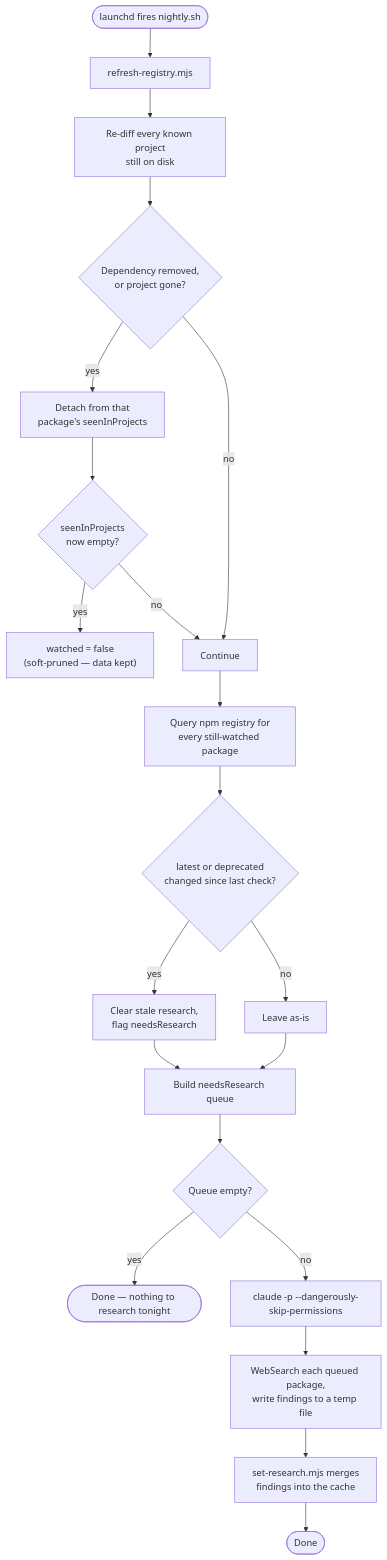
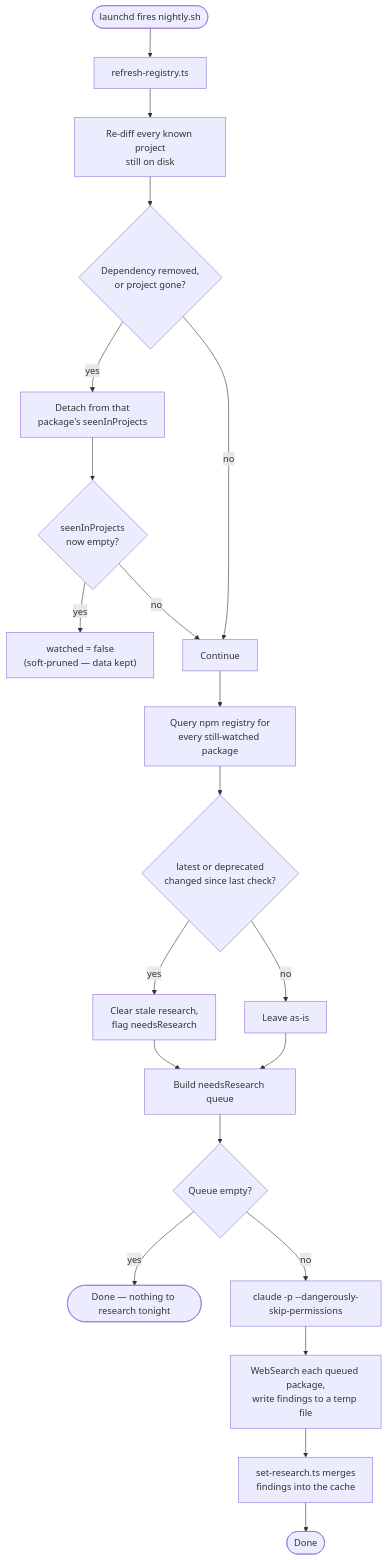
Before and after one commit to AlexanderS-2261875/DepsCheck: the third of 5 diagrams in README.md, drawn with Mermaid. The commit also changed other lines of this file and 10 other files, not shown here.

````diff
--- a/README.md
+++ b/README.md
@@ -137,23 +137,23 @@
 ```mermaid
 flowchart TD
-    Start(["launchd fires nightly.sh"]) --> Refresh["refresh-registry.mjs"]
+    Start(["launchd fires nightly.sh"]) --> Refresh["refresh-registry.ts"]
     Refresh --> ReDiff["Re-diff every known project<br/>still on disk"]
     ReDiff --> Prune{"Dependency removed,<br/>or project gone?"}
     Prune -- yes --> Detach["Detach from that<br/>package's seenInProjects"]
     Detach --> Orphan{"seenInProjects<br/>now empty?"}
     Orphan -- yes --> Unwatch["watched = false<br/>(soft-pruned — data kept)"]
     Orphan -- no --> Continue["Continue"]
     Prune -- no --> Continue
     Continue --> RegQuery["Query npm registry for<br/>every still-watched package"]
     RegQuery --> Changed{"latest or deprecated<br/>changed since last check?"}
     Changed -- yes --> Invalidate["Clear stale research,<br/>flag needsResearch"]
     Changed -- no --> Skip["Leave as-is"]
     Invalidate --> Queue["Build needsResearch queue"]
     Skip --> Queue
     Queue --> Any{"Queue empty?"}
     Any -- yes --> Done1(["Done — nothing to research tonight"])
     Any -- no --> ClaudeRun["claude -p --dangerously-skip-permissions"]
     ClaudeRun --> Research["WebSearch each queued package,<br/>write findings to a temp file"]
-    Research --> Store["set-research.mjs merges<br/>findings into the cache"]
+    Research --> Store["set-research.ts merges<br/>findings into the cache"]
     Store --> Done2(["Done"])
 ```
````
